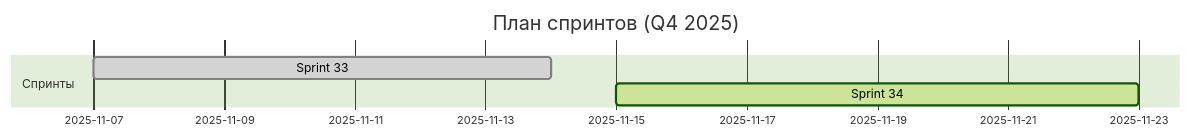
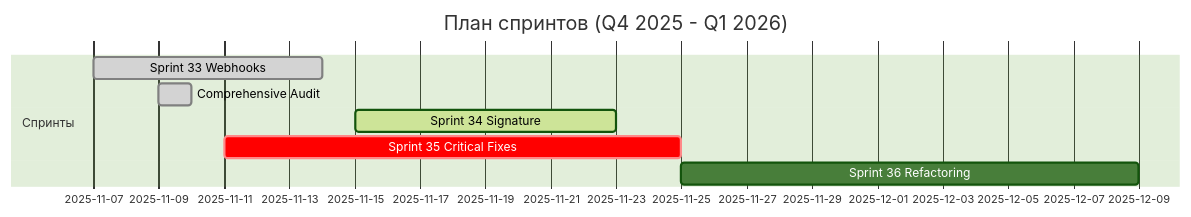
One commit to HOW2AI-AGENCY/albert3-muse-synth-studio changed the diagram in project-management/SPRINT_STATUS.md. Above: the diagram before and after it, drawn with Mermaid (forest theme). The commit also changed other lines of this file and 1 other file, not shown here.

Commit message:
docs: add comprehensive audit report and update sprint planning
- Added COMPREHENSIVE_AUDIT_2025-11-09.md with full project audit
- Updated SPRINT_STATUS.md with new Sprint 35 and 36
- Documented all P0/P1/P2 issues with action plans
- Added testing checklist and metrics
- Estimated effort: 25-33 developer days total

Audit Highlights:
- Overall score: 8.0/10
- UI/UX: 7.5/10
- Security: 9.0/10 (excellent)
- Performance: 8.5/10 (excellent)
- P0 issues: All resolved
- P1 issues: 6 identified with action plans
- P2 issues: 6 identified for next sprints

````diff
--- a/project-management/SPRINT_STATUS.md
+++ b/project-management/SPRINT_STATUS.md
@@ -14,8 +17,11 @@
 ```mermaid
 gantt
-    title План спринтов (Q4 2025)
+    title План спринтов (Q4 2025 - Q1 2026)
     dateFormat  YYYY-MM-DD
     section Спринты
-    Sprint 33 :done, 2025-11-07, 7d
-    Sprint 34 :active, 2025-11-15, 8d
+    Sprint 33 Webhooks :done, 2025-11-07, 7d
+    Comprehensive Audit :done, 2025-11-09, 1d
+    Sprint 34 Signature :active, 2025-11-15, 8d
+    Sprint 35 Critical Fixes :crit, 2025-11-11, 14d
+    Sprint 36 Refactoring :2025-11-25, 14d
 ```
````
